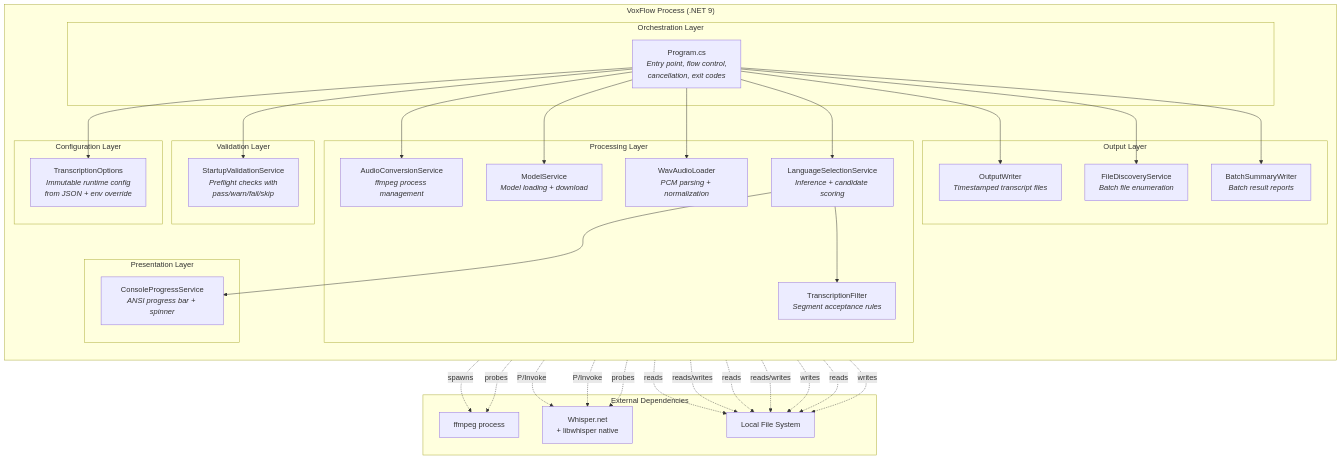
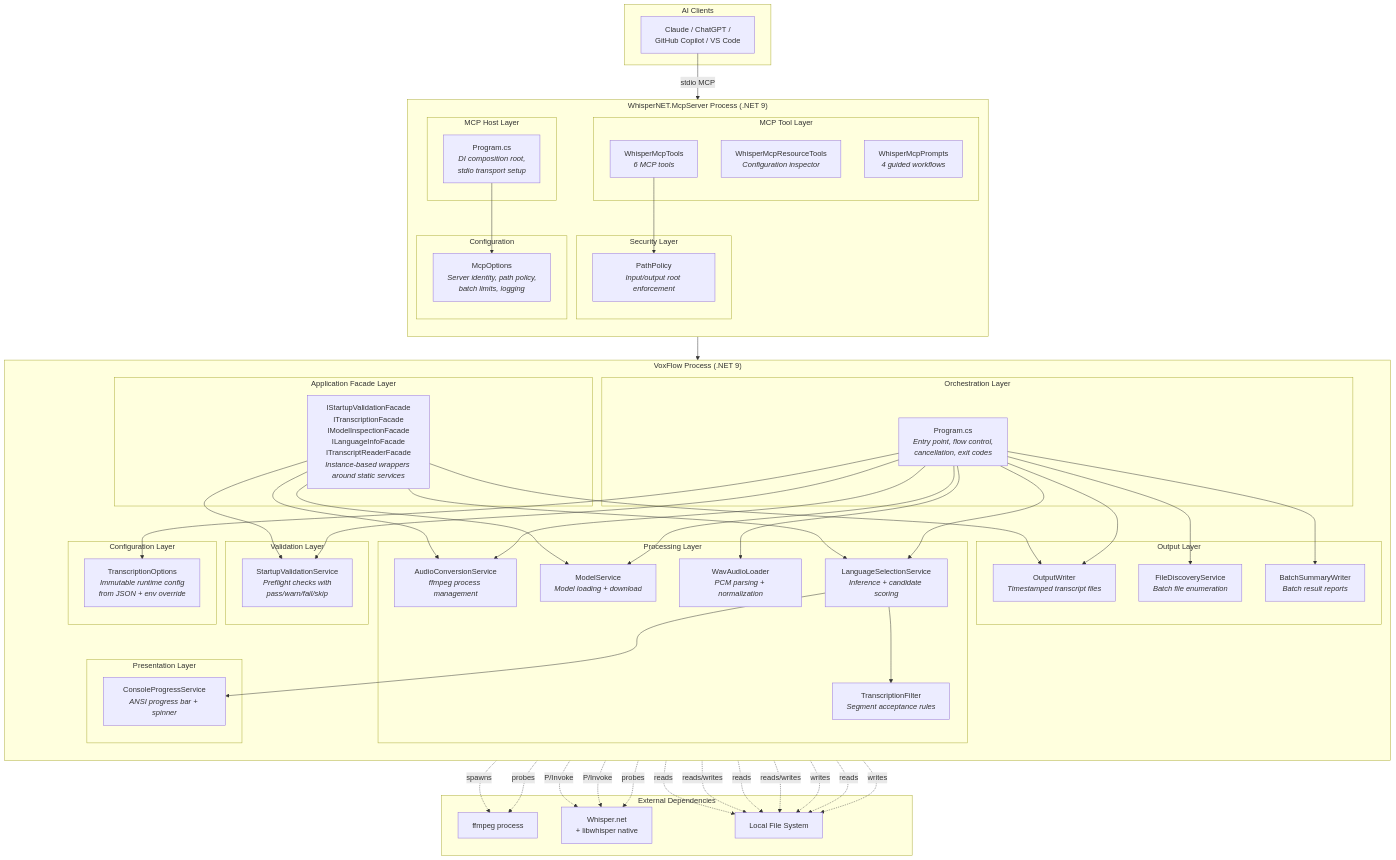
The diagram in docs/architecture/02-container-view.md (artemsemdev/VoxFlow), drawn with Mermaid before and after one commit. The commit also changed other lines of this file and 34 other files, not shown here.

First line of the commit message:
feat: Implement MCP server with path policy and configuration options

```diff
--- a/docs/architecture/02-container-view.md
+++ b/docs/architecture/02-container-view.md
@@ -35,6 +38,10 @@
             filter["TranscriptionFilter<br/><i>Segment acceptance rules</i>"]
         end
 
+        subgraph facade_layer["Application Facade Layer"]
+            facades["IStartupValidationFacade<br/>ITranscriptionFacade<br/>IModelInspectionFacade<br/>ILanguageInfoFacade<br/>ITranscriptReaderFacade<br/><i>Instance-based wrappers around static services</i>"]
+        end
+
         subgraph output_layer["Output Layer"]
             writer["OutputWriter<br/><i>Timestamped transcript files</i>"]
             discovery["FileDiscoveryService<br/><i>Batch file enumeration</i>"]
@@ -46,10 +53,36 @@
         end
     end
 
+    subgraph mcp_container["WhisperNET.McpServer Process (.NET 9)"]
+        direction TB
+
+        subgraph mcp_host["MCP Host Layer"]
+            mcp_program["Program.cs<br/><i>DI composition root,<br/>stdio transport setup</i>"]
+        end
+
+        subgraph mcp_tools["MCP Tool Layer"]
+            tools["WhisperMcpTools<br/><i>6 MCP tools</i>"]
+            resources["WhisperMcpResourceTools<br/><i>Configuration inspector</i>"]
+            prompts["WhisperMcpPrompts<br/><i>4 guided workflows</i>"]
+        end
+
+        subgraph mcp_security["Security Layer"]
+            pathpolicy["PathPolicy<br/><i>Input/output root enforcement</i>"]
+        end
+
+        subgraph mcp_config["Configuration"]
+            mcp_options["McpOptions<br/><i>Server identity, path policy,<br/>batch limits, logging</i>"]
+        end
+    end
+
     subgraph external["External Dependencies"]
         ffmpeg["ffmpeg process"]
         whisper["Whisper.net<br/>+ libwhisper native"]
         fs["Local File System"]
+    end
+
+    subgraph clients["AI Clients"]
+        ai["Claude / ChatGPT /<br/>GitHub Copilot / VS Code"]
     end
 
     program --> options
@@ -63,6 +96,16 @@
     program --> summary
     lang --> filter
     lang --> progress
+
+    ai -->|stdio MCP| mcp_program
+    mcp_program --> mcp_options
+    tools --> pathpolicy
+    tools --> facades
+    facades --> startup
+    facades --> convert
+    facades --> model
+    facades --> lang
+    facades --> writer
 
     convert -.->|spawns| ffmpeg
     model -.->|P/Invoke| whisper
```
